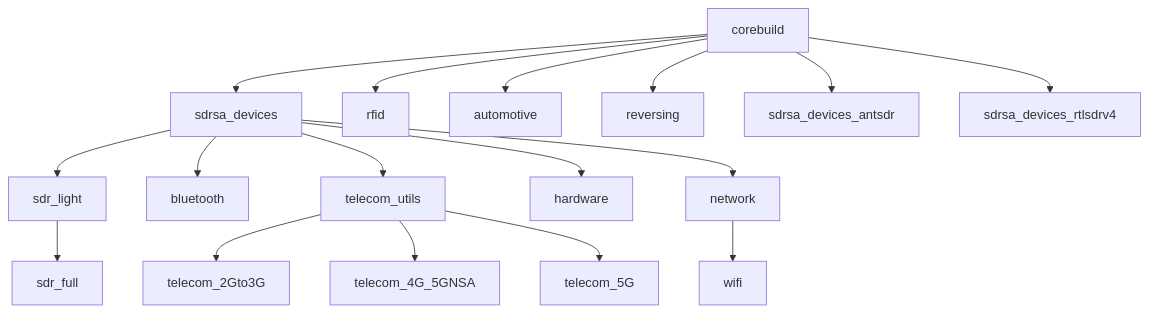
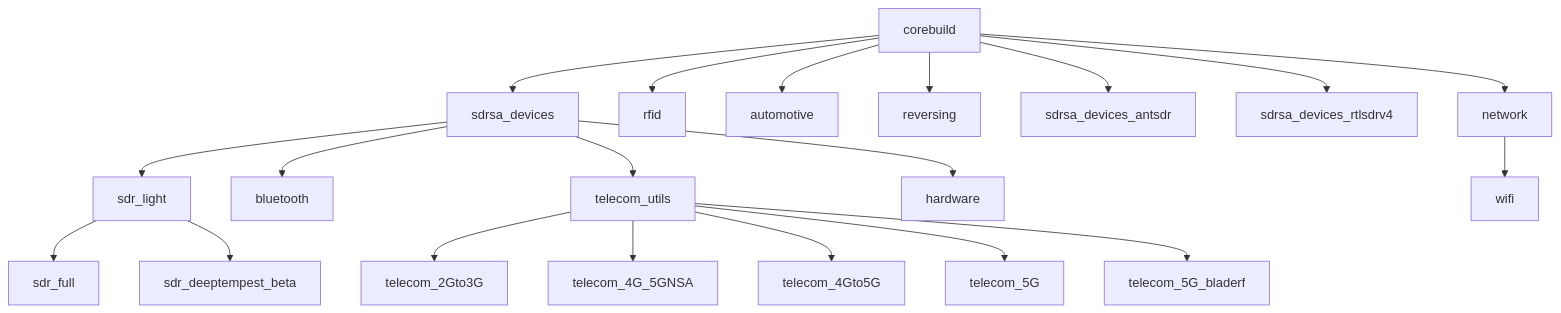
One commit to PentHertz/rfswift-doc-v2 changed the diagram in content/docs/guide/list-of-tools.md. Above: the diagram before and after it, drawn with Mermaid. The commit also changed other lines of this file and 15 other files, not shown here.

````diff
--- a/content/docs/guide/list-of-tools.md
+++ b/content/docs/guide/list-of-tools.md
@@ -22,19 +29,22 @@
 ```mermaid
 graph TD;
     A[corebuild]-->B[sdrsa_devices];
     A-->C[rfid];
     A-->D[automotive];
     A-->E[reversing];
     A-->F[sdrsa_devices_antsdr];
     A-->G[sdrsa_devices_rtlsdrv4];
-    B[sdrsa_devices]-->H[sdr_light];
-    B[sdrsa_devices]-->I[bluetooth];
-    B[sdrsa_devices]-->L[telecom_utils];
-    B[sdrsa_devices]-->R[hardware];
-    B[sdrsa_devices]-->S[network];
-    S[network]-->J[wifi];
-    L-->M[telecom_2Gto3G];
-    L-->N[telecom_4G_5GNSA];
-    L-->O[telecom_5G];
-    H-->K[sdr_full]
+    A-->H[network];
+    B[sdrsa_devices]-->I[sdr_light];
+    B[sdrsa_devices]-->J[bluetooth];
+    B[sdrsa_devices]-->K[telecom_utils];
+    B[sdrsa_devices]-->L[hardware];
+    H[network]-->M[wifi];
+    I[sdr_light]-->N[sdr_full];
+    I[sdr_light]-->O[sdr_deeptempest_beta];
+    K[telecom_utils]-->P[telecom_2Gto3G];
+    K[telecom_utils]-->Q[telecom_4G_5GNSA];
+    K[telecom_utils]-->R[telecom_4Gto5G];
+    K[telecom_utils]-->S[telecom_5G];
+    K[telecom_utils]-->T[telecom_5G_bladerf];
 ```
````
